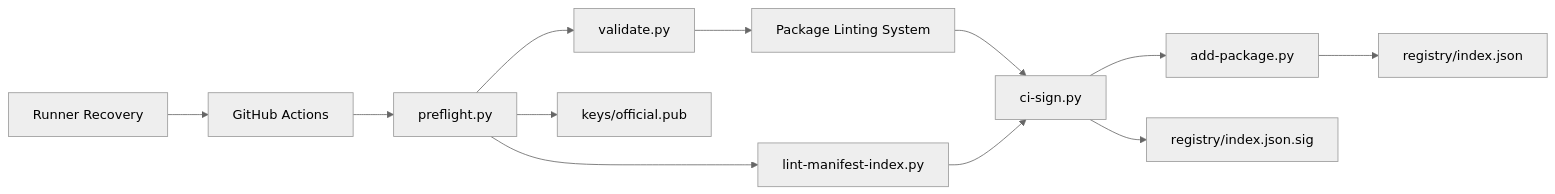
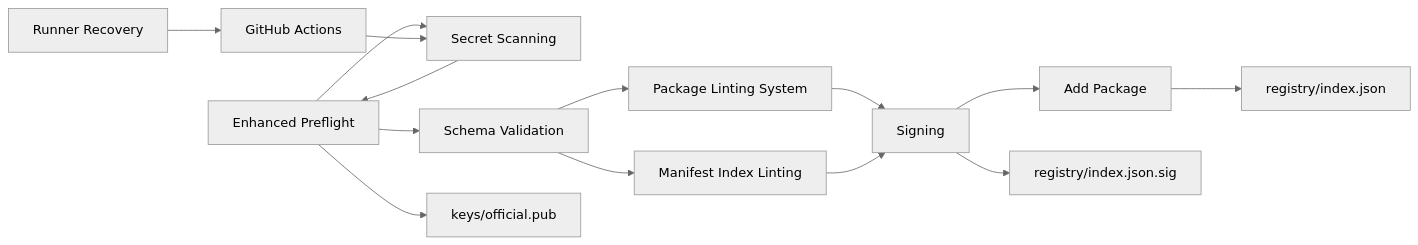
The third of 3 diagrams in .qoder/repowiki/en/content/CI_CD Integration.md (tonythethompson/numan-registry), drawn with Mermaid (neutral theme) before and after one commit. The commit also changed other lines of this file and 37 other files, not shown here.

Commit message:
Add CLAUDE.md, expand backlog schema, update docs

````diff
--- a/.qoder/repowiki/en/content/CI_CD Integration.md
+++ b/.qoder/repowiki/en/content/CI_CD Integration.md
@@ -343,14 +372,16 @@
 ```mermaid
 graph LR
-Preflight["preflight.py"] --> Validate["validate.py"]
-Preflight --> Lint["lint-manifest-index.py"]
+Preflight["Enhanced Preflight"] --> SecretScan["Secret Scanning"]
+Preflight --> Validate["Schema Validation"]
+SecretScan --> Preflight
 Validate --> LintSys["Package Linting System"]
-LintSys --> Sign["ci-sign.py"]
+LintSys --> Sign["Signing"]
+Validate --> Lint["Manifest Index Linting"]
 Lint --> Sign
-Sign --> AddPackage["add-package.py"]
+Sign --> AddPackage["Add Package"]
 AddPackage --> Index["registry/index.json"]
 Sign --> Sig["registry/index.json.sig"]
 Preflight --> PubKey["keys/official.pub"]
 Recovery["Runner Recovery"] --> GH["GitHub Actions"]
-GH --> Preflight
+GH --> SecretScan
 ```
````
